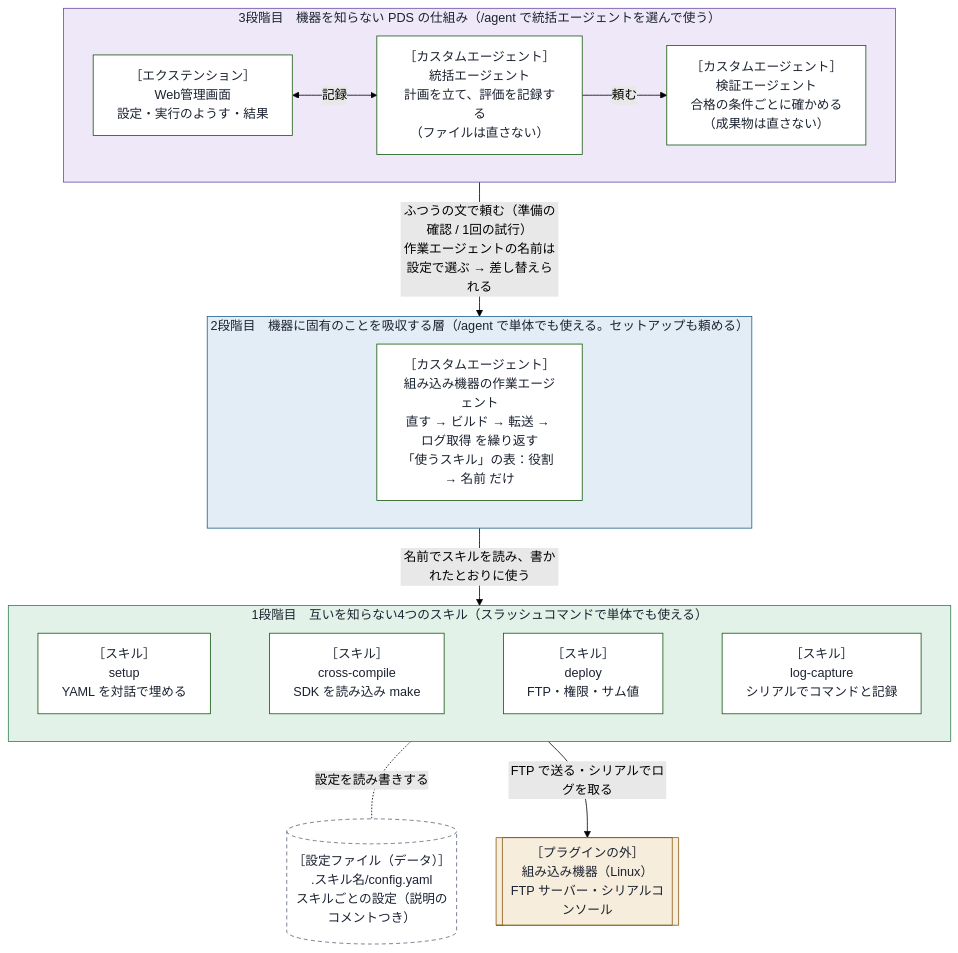
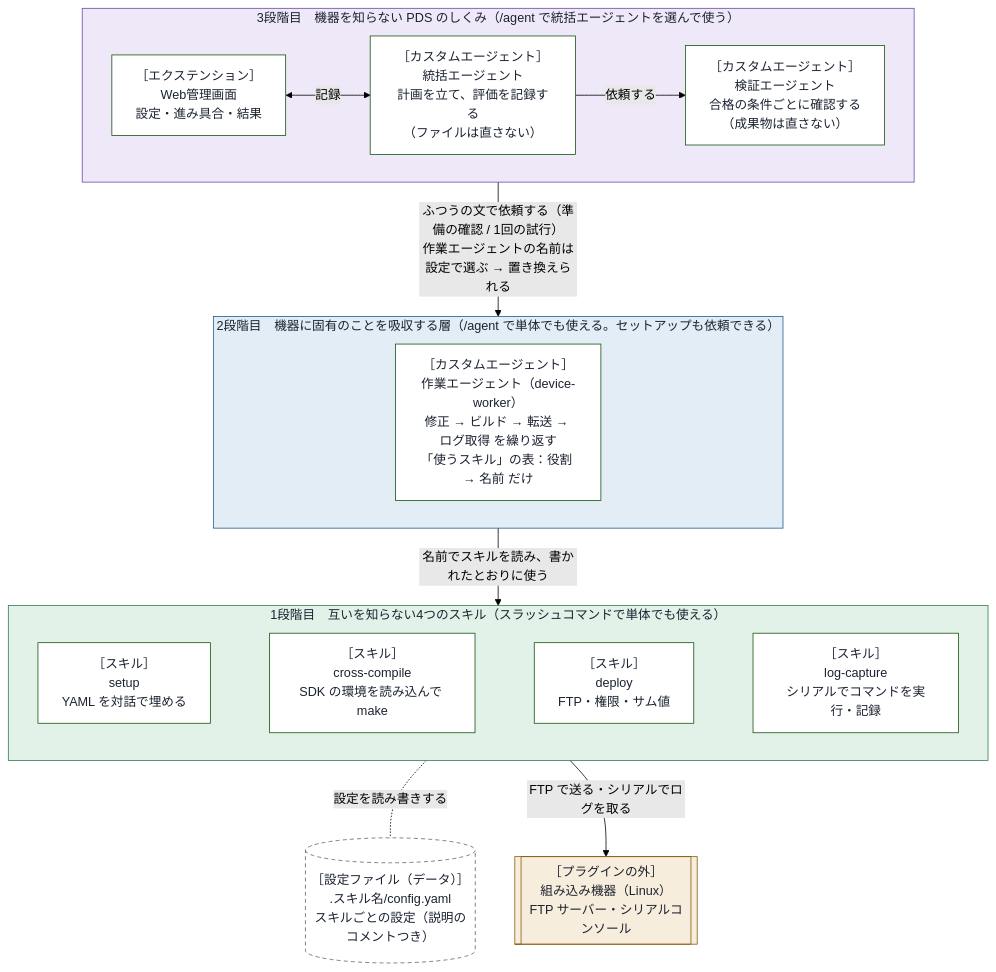
Before and after one commit to xclang-brain/plugin-market-place: the diagram in plugins/embedded-debug-loop/docs/design/design.md, drawn with Mermaid (forest theme). The commit also changed other lines of this file and 2 other files, not shown here.

````diff
--- a/plugins/embedded-debug-loop/docs/design/design.md
+++ b/plugins/embedded-debug-loop/docs/design/design.md
@@ -20,42 +27,42 @@
 ```mermaid
 flowchart TB
-    subgraph L3["3段階目　機器を知らない PDS の仕組み（/agent で統括エージェントを選んで使う）"]
+    subgraph L3["3段階目　機器を知らない PDS のしくみ（/agent で統括エージェントを選んで使う）"]
         direction LR
-        UI["［エクステンション］<br/>Web管理画面<br/>設定・実行のようす・結果"]
+        UI["［エクステンション］<br/>Web管理画面<br/>設定・進み具合・結果"]
         ORC["［カスタムエージェント］<br/>統括エージェント<br/>計画を立て、評価を記録する<br/>（ファイルは直さない）"]
-        VER["［カスタムエージェント］<br/>検証エージェント<br/>合格の条件ごとに確かめる<br/>（成果物は直さない）"]
+        VER["［カスタムエージェント］<br/>検証エージェント<br/>合格の条件ごとに確認する<br/>（成果物は直さない）"]
         UI <-- "記録" --> ORC
-        ORC -- "頼む" --> VER
+        ORC -- "依頼する" --> VER
     end
 
-    subgraph L2["2段階目　機器に固有のことを吸収する層（/agent で単体でも使える。セットアップも頼める）"]
-        WRK["［カスタムエージェント］<br/>組み込み機器の作業エージェント<br/>直す → ビルド → 転送 → ログ取得 を繰り返す<br/>「使うスキル」の表：役割 → 名前 だけ"]
+    subgraph L2["2段階目　機器に固有のことを吸収する層（/agent で単体でも使える。セットアップも依頼できる）"]
+        WRK["［カスタムエージェント］<br/>作業エージェント（device-worker）<br/>修正 → ビルド → 転送 → ログ取得 を繰り返す<br/>「使うスキル」の表：役割 → 名前 だけ"]
     end
 
     subgraph L1["1段階目　互いを知らない4つのスキル（スラッシュコマンドで単体でも使える）"]
         direction LR
         SETUP["［スキル］<br/>setup<br/>YAML を対話で埋める"]
-        CC["［スキル］<br/>cross-compile<br/>SDK を読み込み make"]
+        CC["［スキル］<br/>cross-compile<br/>SDK の環境を読み込んで make"]
         DEP["［スキル］<br/>deploy<br/>FTP・権限・サム値"]
-        LOG["［スキル］<br/>log-capture<br/>シリアルでコマンドと記録"]
+        LOG["［スキル］<br/>log-capture<br/>シリアルでコマンドを実行・記録"]
         SETUP ~~~ CC ~~~ DEP ~~~ LOG
     end
 
     CFG[("［設定ファイル（データ）］<br/>.スキル名/config.yaml<br/>スキルごとの設定（説明のコメントつき）")]
     DEV[["［プラグインの外］<br/>組み込み機器（Linux）<br/>FTP サーバー・シリアルコンソール"]]
 
-    L3 -- "ふつうの文で頼む（準備の確認 / 1回の試行）<br/>作業エージェントの名前は設定で選ぶ → 差し替えられる" --> L2
+    L3 -- "ふつうの文で依頼する（準備の確認 / 1回の試行）<br/>作業エージェントの名前は設定で選ぶ → 置き換えられる" --> L2
     L2 -- "名前でスキルを読み、書かれたとおりに使う" --> L1
     L1 -. "設定を読み書きする" .- CFG
     L1 -- "FTP で送る・シリアルでログを取る" --> DEV
 
     style L3 fill:#eee8f8,stroke:#6a4aa8,color:#1b2230
     style L2 fill:#e2edf6,stroke:#1d5e8c,color:#1b2230
     style L1 fill:#e3f2e8,stroke:#2f7d4f,color:#1b2230
     classDef node fill:#ffffff,color:#1b2230
     classDef dev fill:#f7eddc,stroke:#8a5a12,color:#1b2230
     classDef cfg fill:#ffffff,stroke:#586275,color:#1b2230,stroke-dasharray:5 4
     class UI,ORC,VER,WRK,SETUP,CC,DEP,LOG node
     class DEV dev
     class CFG cfg
 ```
````
